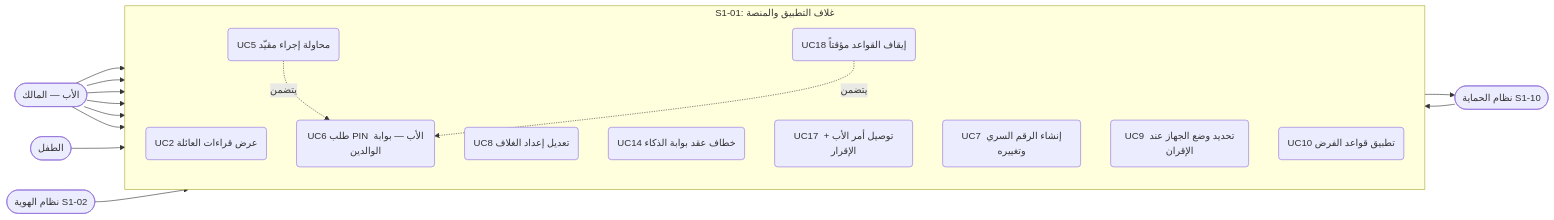
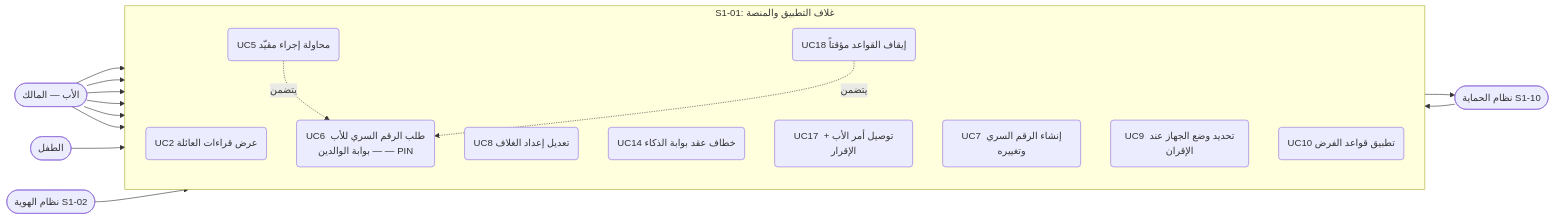
Before and after one commit to Bassam-mohammed-alqaeadi/family-os-v2: the second of 26 diagrams in docs/family-os/governance/phases/phase-1/S1-01-app-shell-and-platform/DIAGRAMS.md, drawn with Mermaid. The commit also changed other lines of this file, not shown here.

````diff
--- a/docs/family-os/governance/phases/phase-1/S1-01-app-shell-and-platform/DIAGRAMS.md
+++ b/docs/family-os/governance/phases/phase-1/S1-01-app-shell-and-platform/DIAGRAMS.md
@@ -59,34 +59,34 @@
 ```mermaid
 flowchart LR
     Father([الأب — المالك])
     Child([الطفل])
     S102([نظام الهوية S1-02])
     S110([نظام الحماية S1-10])
 
     subgraph S101b ["S1-01: غلاف التطبيق والمنصة"]
         direction TB
         UC2(UC2 عرض قراءات العائلة)
         UC8(UC8 تعديل إعداد الغلاف)
         UC14(UC14 خطاف عقد بوابة الذكاء)
         UC17(UC17 توصيل أمر الأب + الإقرار)
         UC7(UC7 إنشاء الرقم السري وتغييره)
         UC18(UC18 إيقاف القواعد مؤقتاً)
         UC5(UC5 محاولة إجراء مقيّد)
-        UC6(UC6 طلب PIN الأب — بوابة الوالدين)
+        UC6(UC6 طلب الرقم السري للأب — بوابة الوالدين — PIN)
         UC9(UC9 تحديد وضع الجهاز عند الإقران)
         UC10(UC10 تطبيق قواعد الفرض)
     end
 
     Father --> UC2
     Father --> UC8
     Father --> UC14
     Father --> UC17
     Father --> UC7
     Father --> UC18
     Child --> UC5
     UC5 -.->|يتضمن| UC6
     UC18 -.->|يتضمن| UC6
     UC18 --> S110
     S102 --> UC9
     S110 --> UC10
 ```
````
